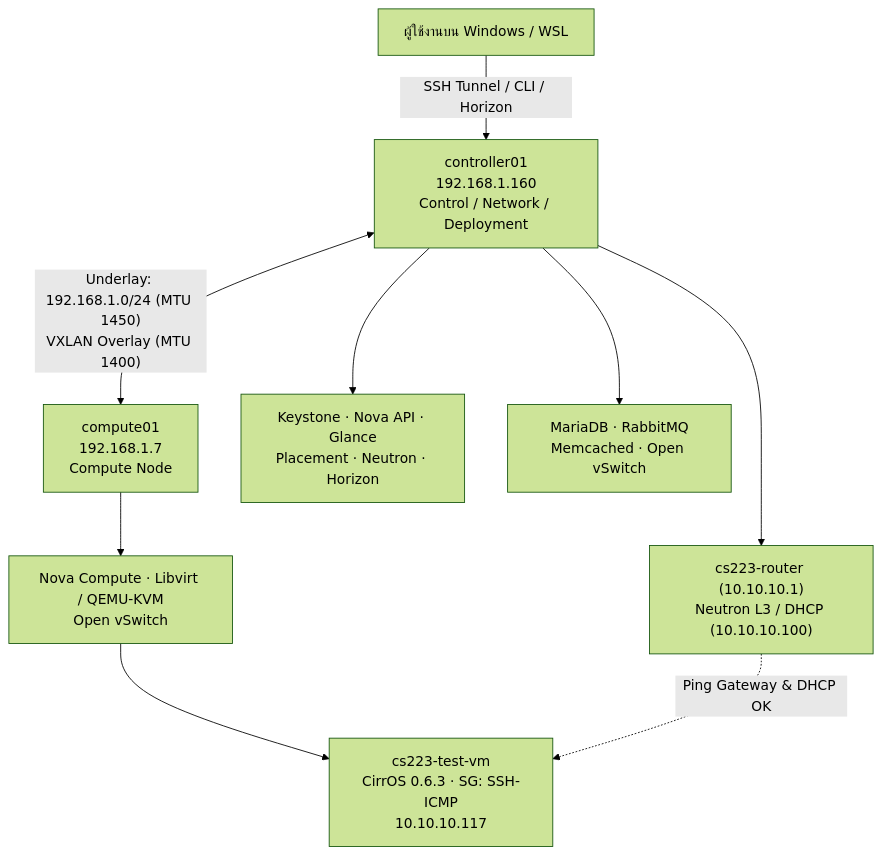
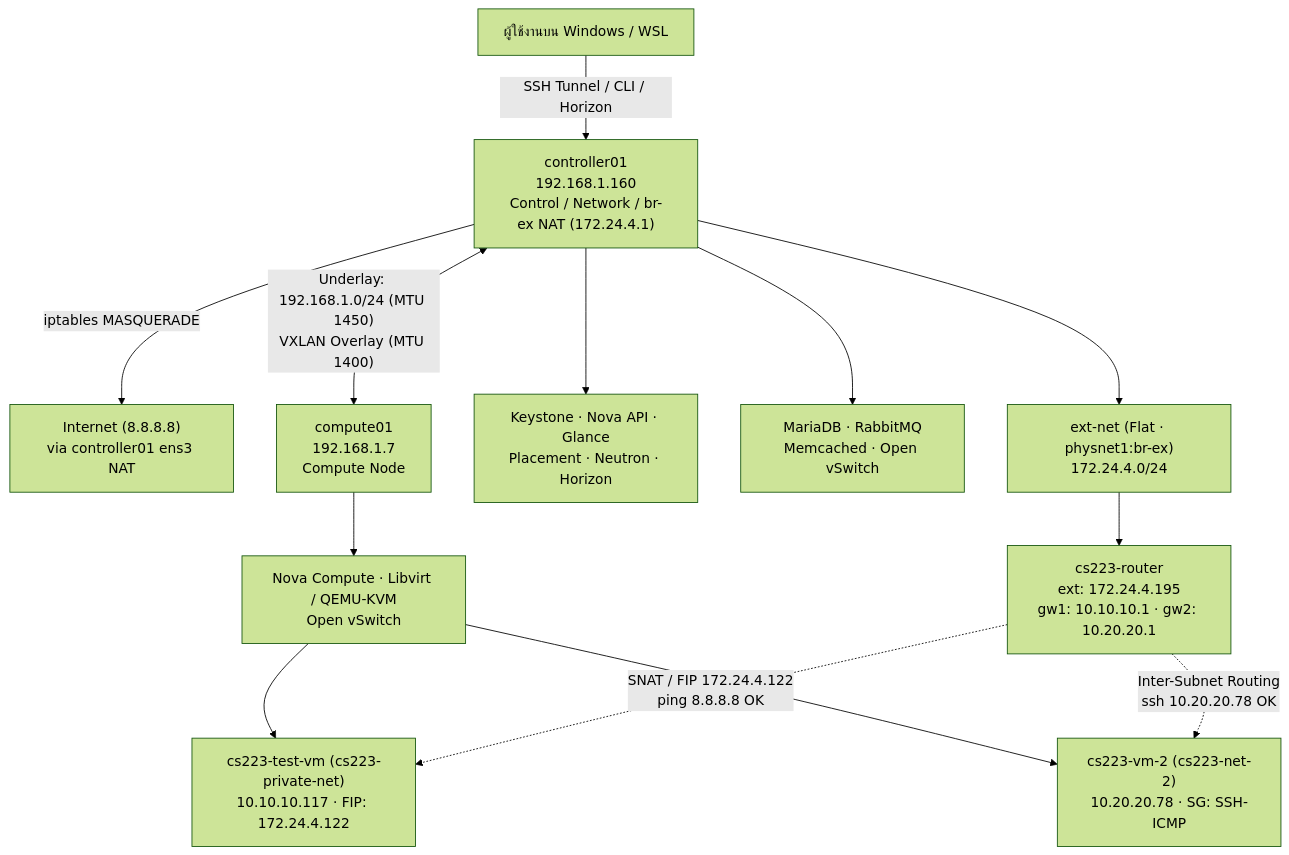
Before and after one commit to ronnakrit303/CS223-TermProject: the first of 2 diagrams in README.md, drawn with Mermaid (forest theme). The commit also changed other lines of this file and 13 other files, not shown here.

Commit message:
docs,evidence: add multi-network routing, ext-net NAT, Floating IP & internet egress verification

````diff
--- a/README.md
+++ b/README.md
@@ -54,19 +56,25 @@
 ```mermaid
 flowchart TB
     USER["ผู้ใช้งานบน Windows / WSL"]
-    CTRL["controller01<br/>192.168.1.160<br/>Control / Network / Deployment"]
+    INET["Internet (8.8.8.8)<br/>via controller01 ens3 NAT"]
+    CTRL["controller01<br/>192.168.1.160<br/>Control / Network / br-ex NAT (172.24.4.1)"]
     COMP["compute01<br/>192.168.1.7<br/>Compute Node"]
     API["Keystone · Nova API · Glance<br/>Placement · Neutron · Horizon"]
     INFRA["MariaDB · RabbitMQ<br/>Memcached · Open vSwitch"]
-    RTR["cs223-router (10.10.10.1)<br/>Neutron L3 / DHCP (10.10.10.100)"]
+    EXT["ext-net (Flat · physnet1:br-ex)<br/>172.24.4.0/24"]
+    RTR["cs223-router<br/>ext: 172.24.4.195<br/>gw1: 10.10.10.1 · gw2: 10.20.20.1"]
     HYP["Nova Compute · Libvirt / QEMU-KVM<br/>Open vSwitch"]
-    VM["cs223-test-vm<br/>CirrOS 0.6.3 · SG: SSH-ICMP<br/>10.10.10.117"]
+    VM1["cs223-test-vm (cs223-private-net)<br/>10.10.10.117 · FIP: 172.24.4.122"]
+    VM2["cs223-vm-2 (cs223-net-2)<br/>10.20.20.78 · SG: SSH-ICMP"]
 
     USER -->|"SSH Tunnel / CLI / Horizon"| CTRL
     CTRL --> API
     CTRL --> INFRA
-    CTRL --> RTR
+    CTRL --> EXT --> RTR
     CTRL <-->|"Underlay: 192.168.1.0/24 (MTU 1450)<br/>VXLAN Overlay (MTU 1400)"| COMP
-    COMP --> HYP --> VM
-    RTR -.->|"Ping Gateway & DHCP OK"| VM
+    COMP --> HYP --> VM1
+    HYP --> VM2
+    RTR -.->|"SNAT / FIP 172.24.4.122<br/>ping 8.8.8.8 OK"| VM1
+    RTR -.->|"Inter-Subnet Routing<br/>ssh 10.20.20.78 OK"| VM2
+    CTRL -->|"iptables MASQUERADE"| INET
 ```
````
